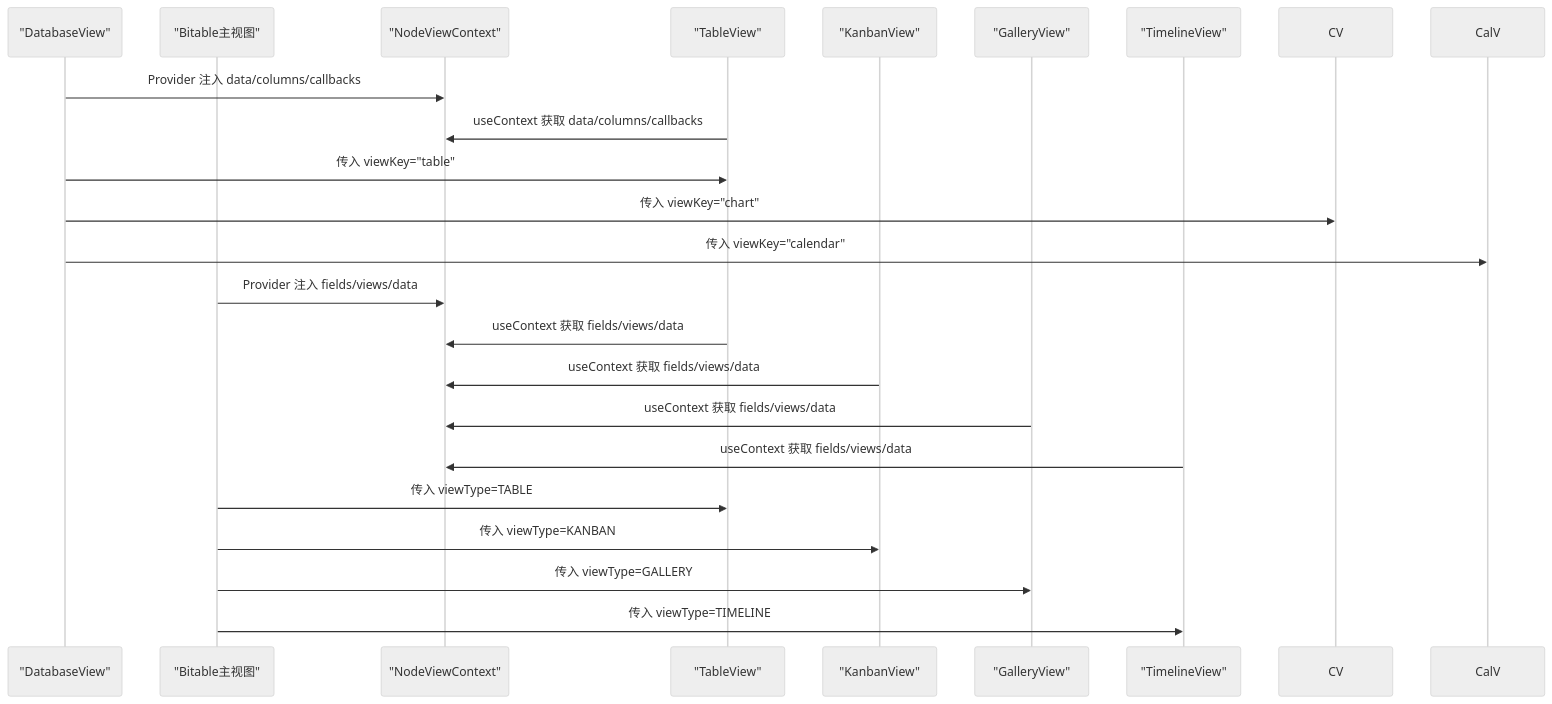
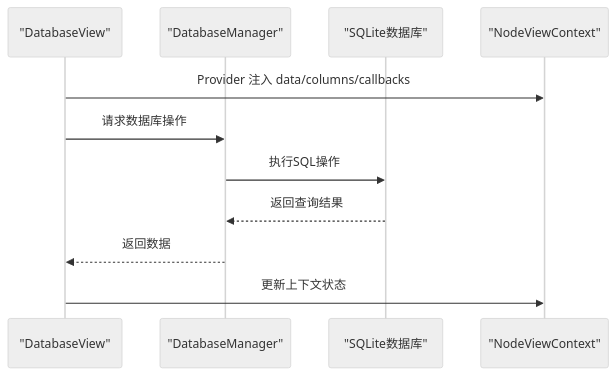
The fourth of 8 diagrams in .qoder/repowiki/zh/content/功能模块/数据库插件/数据库插件.md (LRF0422/Kotion), drawn with Mermaid (neutral theme) before and after one commit. The commit also changed other lines of this file and 75 other files, not shown here.

````diff
--- a/.qoder/repowiki/zh/content/功能模块/数据库插件/数据库插件.md
+++ b/.qoder/repowiki/zh/content/功能模块/数据库插件/数据库插件.md
@@ -298,24 +301,13 @@
 ```mermaid
 sequenceDiagram
 participant DV as "DatabaseView"
-participant BV as "Bitable主视图"
+participant DM as "DatabaseManager"
+participant DB as "SQLite数据库"
 participant Ctx as "NodeViewContext"
-participant TV as "TableView"
-participant KV as "KanbanView"
-participant GV as "GalleryView"
-participant TLV as "TimelineView"
 DV->>Ctx : Provider 注入 data/columns/callbacks
-TV->>Ctx : useContext 获取 data/columns/callbacks
-DV->>TV : 传入 viewKey="table"
-DV->>CV : 传入 viewKey="chart"
-DV->>CalV : 传入 viewKey="calendar"
-BV->>Ctx : Provider 注入 fields/views/data
-TV->>Ctx : useContext 获取 fields/views/data
-KV->>Ctx : useContext 获取 fields/views/data
-GV->>Ctx : useContext 获取 fields/views/data
-TLV->>Ctx : useContext 获取 fields/views/data
-BV->>TV : 传入 viewType=TABLE
-BV->>KV : 传入 viewType=KANBAN
-BV->>GV : 传入 viewType=GALLERY
-BV->>TLV : 传入 viewType=TIMELINE
+DV->>DM : 请求数据库操作
+DM->>DB : 执行SQL操作
+DB-->>DM : 返回查询结果
+DM-->>DV : 返回数据
+DV->>Ctx : 更新上下文状态
 ```
````
